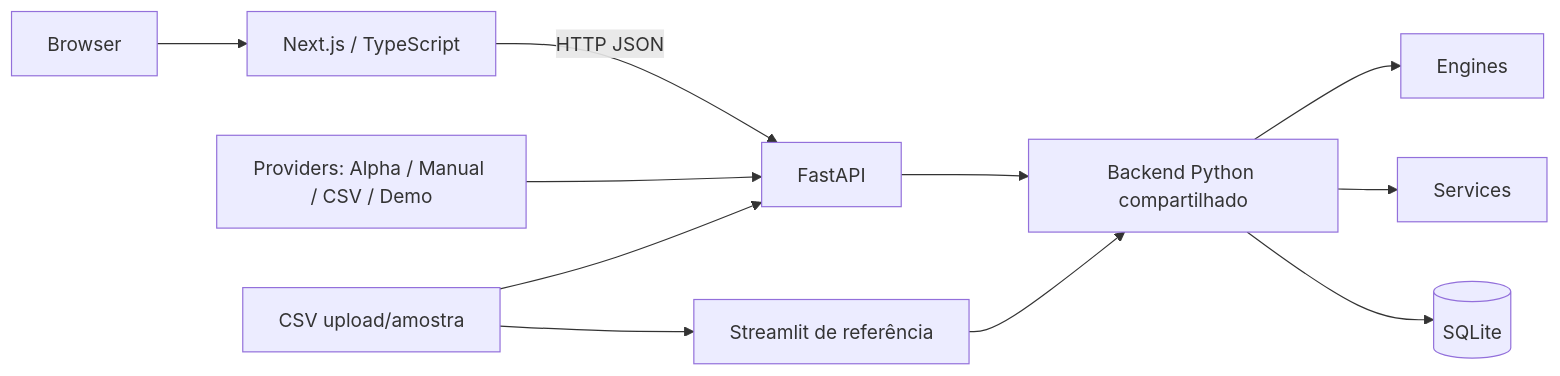
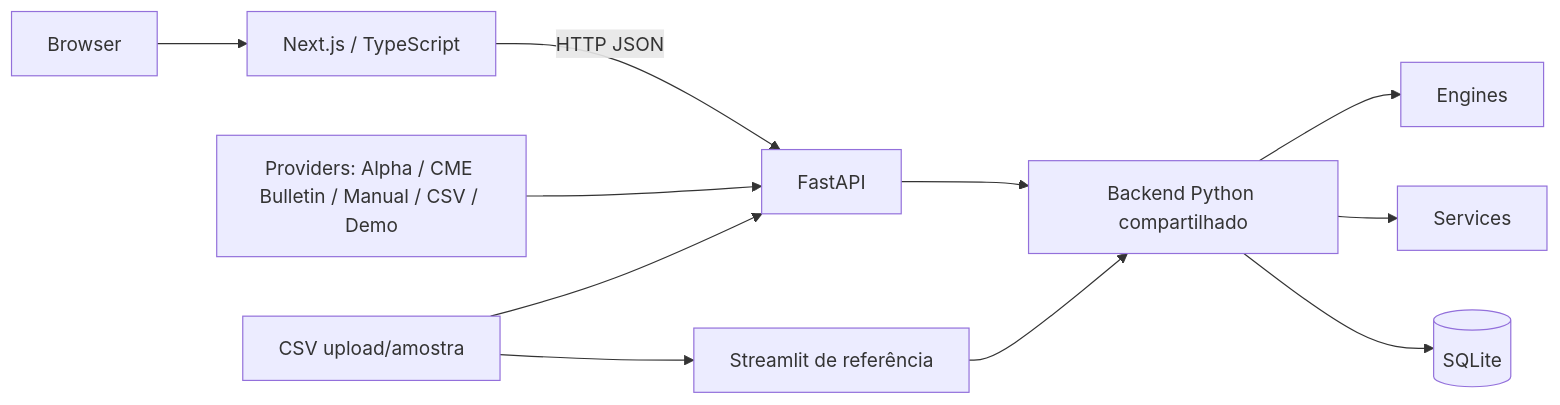
One commit to Muriloliloo/xau-ai-terminal-v4 changed the first of 2 diagrams in docs/ARCHITECTURE.md. Above: the diagram before and after it, drawn with Mermaid. The commit also changed other lines of this file and 24 other files, not shown here.

````diff
--- a/docs/ARCHITECTURE.md
+++ b/docs/ARCHITECTURE.md
@@ -11,13 +11,13 @@
 ```mermaid
 flowchart LR
     BROWSER["Browser"] --> NEXT["Next.js / TypeScript"]
     NEXT -->|HTTP JSON| API["FastAPI"]
     STREAMLIT["Streamlit de referência"] --> DOMAIN["Backend Python compartilhado"]
     API --> DOMAIN
     DOMAIN --> CORE["Engines"]
     DOMAIN --> SERVICES["Services"]
     DOMAIN --> DB[("SQLite")]
-    PROVIDERS["Providers: Alpha / Manual / CSV / Demo"] --> API
+PROVIDERS["Providers: Alpha / CME Bulletin / Manual / CSV / Demo"] --> API
     CSV["CSV upload/amostra"] --> API
     CSV --> STREAMLIT
 ```
````
